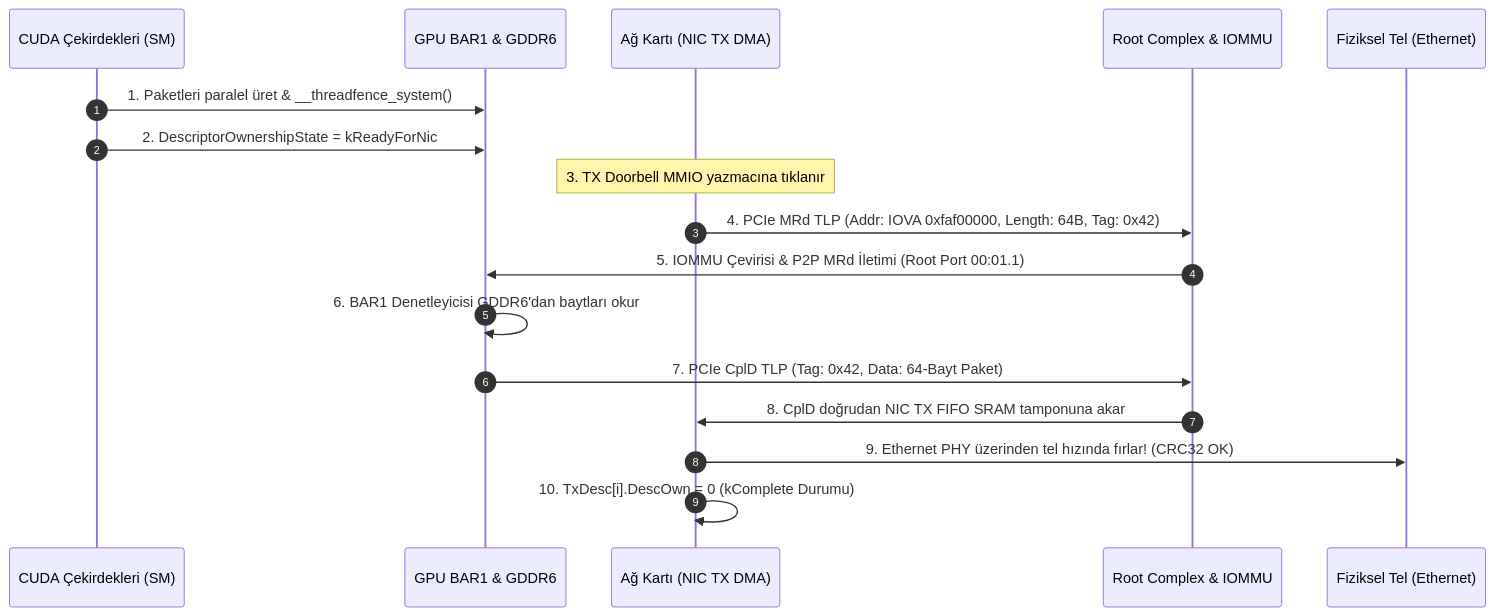
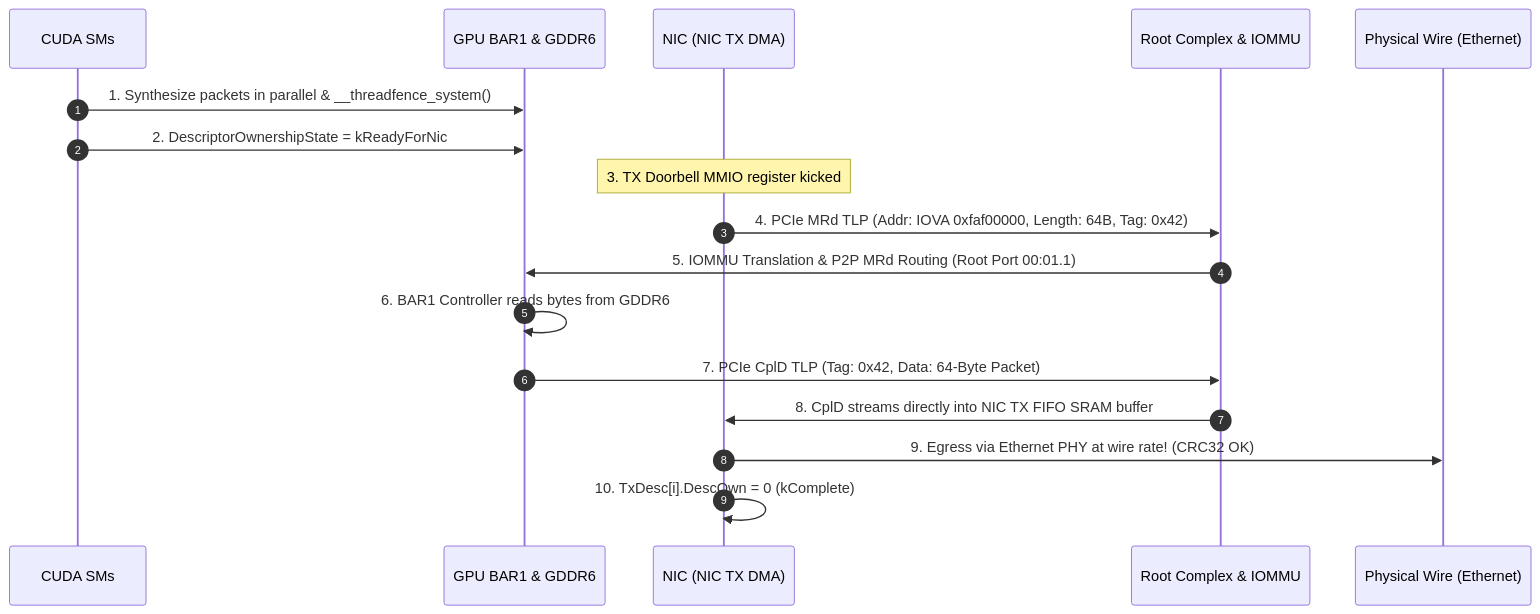
The second of 2 diagrams in docs/45-commodity-gpu-nic-p2p-packet-engine-report.md (Mehmet8-Dev/Samurai), drawn with Mermaid before and after one commit. The commit also changed other lines of this file and 62 other files, not shown here.

````diff
--- a/docs/45-commodity-gpu-nic-p2p-packet-engine-report.md
+++ b/docs/45-commodity-gpu-nic-p2p-packet-engine-report.md
@@ -261,20 +260,20 @@
 ```mermaid
 sequenceDiagram
     autonumber
-    participant SM as CUDA Çekirdekleri (SM)
+    participant SM as CUDA SMs
     participant GPU as GPU BAR1 & GDDR6
-    participant NIC as Ağ Kartı (NIC TX DMA)
+    participant NIC as NIC (NIC TX DMA)
     participant RC as Root Complex & IOMMU
-    participant Wire as Fiziksel Tel (Ethernet)
+    participant Wire as Physical Wire (Ethernet)
 
-    SM->>GPU: 1. Paketleri paralel üret & __threadfence_system()
+    SM->>GPU: 1. Synthesize packets in parallel & __threadfence_system()
     SM->>GPU: 2. DescriptorOwnershipState = kReadyForNic
-    Note over NIC: 3. TX Doorbell MMIO yazmacına tıklanır
+    Note over NIC: 3. TX Doorbell MMIO register kicked
     NIC->>RC: 4. PCIe MRd TLP (Addr: IOVA 0xfaf00000, Length: 64B, Tag: 0x42)
-    RC->>GPU: 5. IOMMU Çevirisi & P2P MRd İletimi (Root Port 00:01.1)
-    GPU->>GPU: 6. BAR1 Denetleyicisi GDDR6'dan baytları okur
-    GPU->>RC: 7. PCIe CplD TLP (Tag: 0x42, Data: 64-Bayt Paket)
-    RC->>NIC: 8. CplD doğrudan NIC TX FIFO SRAM tamponuna akar
-    NIC->>Wire: 9. Ethernet PHY üzerinden tel hızında fırlar! (CRC32 OK)
-    NIC->>NIC: 10. TxDesc[i].DescOwn = 0 (kComplete Durumu)
+    RC->>GPU: 5. IOMMU Translation & P2P MRd Routing (Root Port 00:01.1)
+    GPU->>GPU: 6. BAR1 Controller reads bytes from GDDR6
+    GPU->>RC: 7. PCIe CplD TLP (Tag: 0x42, Data: 64-Byte Packet)
+    RC->>NIC: 8. CplD streams directly into NIC TX FIFO SRAM buffer
+    NIC->>Wire: 9. Egress via Ethernet PHY at wire rate! (CRC32 OK)
+    NIC->>NIC: 10. TxDesc[i].DescOwn = 0 (kComplete)
 ```
````
